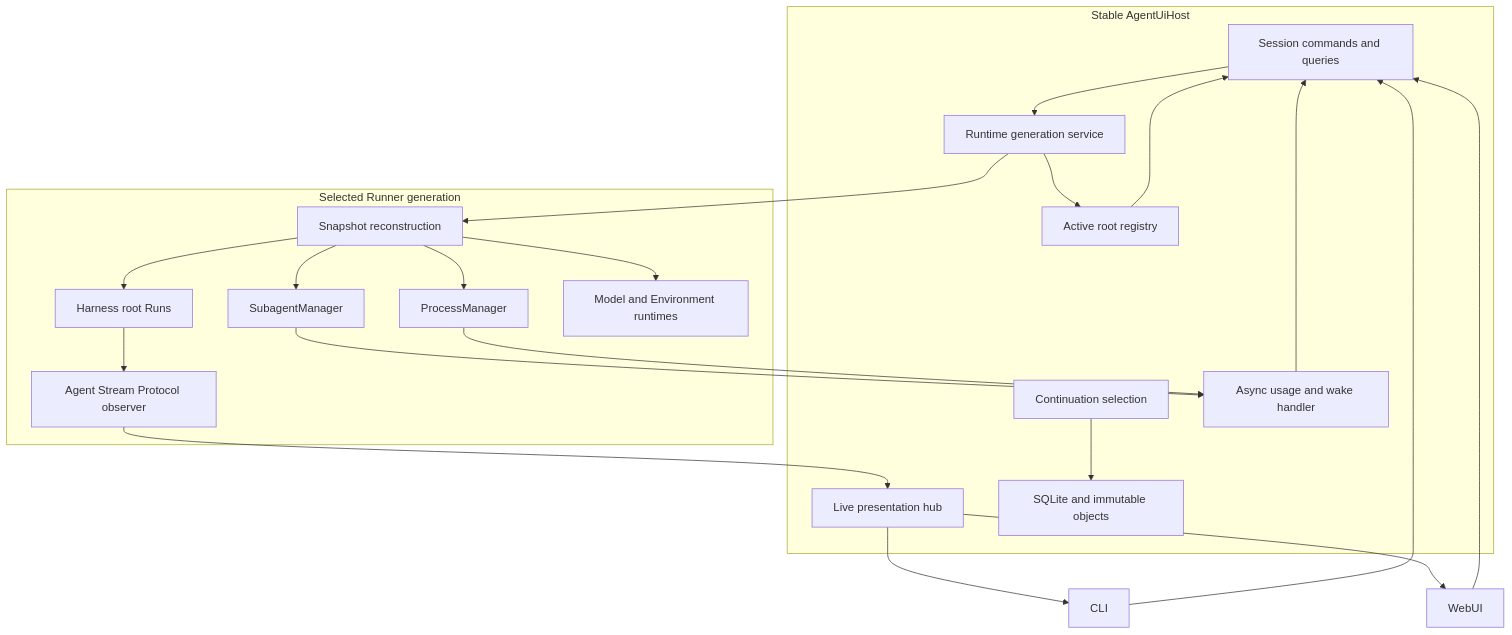
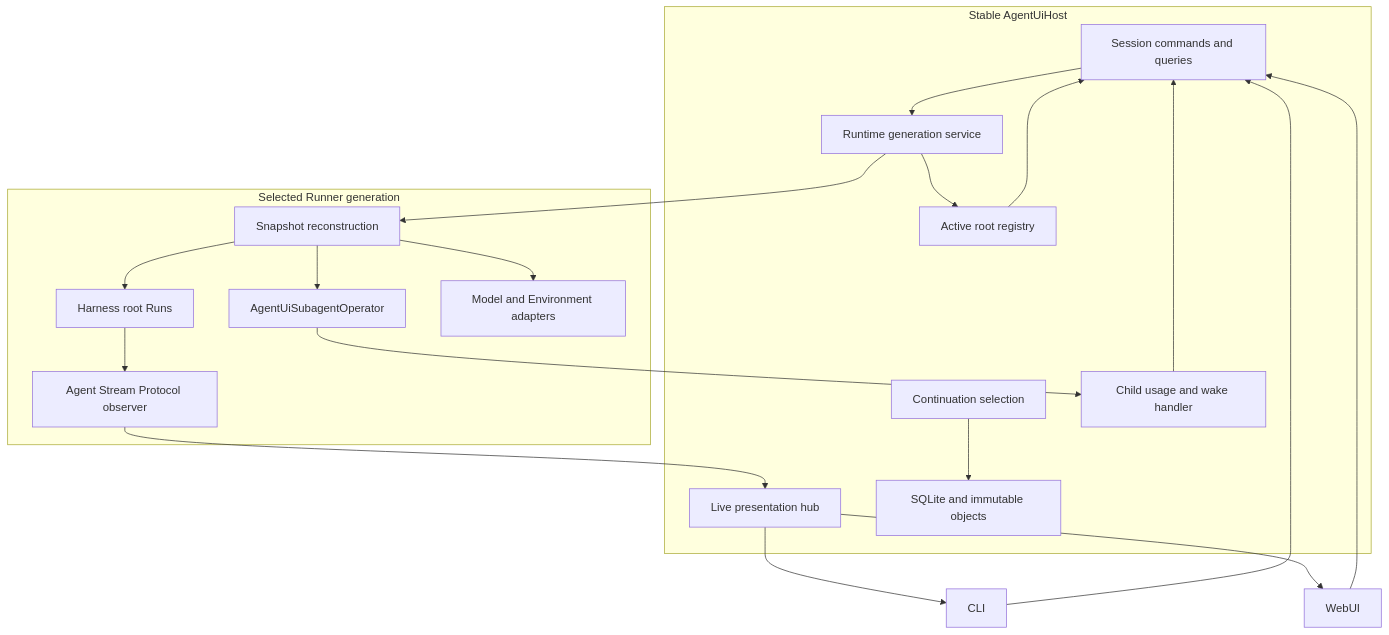
The first of 3 diagrams in spec/agent-ui/05-runtime-subagents-and-surfaces.md (LTThreeComma/agent-foundation), drawn with Mermaid before and after one commit. The commit also changed other lines of this file and 188 other files, not shown here.

````diff
--- a/spec/agent-ui/05-runtime-subagents-and-surfaces.md
+++ b/spec/agent-ui/05-runtime-subagents-and-surfaces.md
@@ -13,33 +15,32 @@
 ```mermaid
 flowchart TB
     subgraph Host[Stable AgentUiHost]
         Commands[Session commands and queries]
         Continuations[Continuation selection]
         ActiveRoots[Active root registry]
-        AsyncHandler[Async usage and wake handler]
+        ChildHandler[Child usage and wake handler]
         RuntimeService[Runtime generation service]
         LiveHub[Live presentation hub]
         Store[SQLite and immutable objects]
     end
 
     subgraph Runner[Selected Runner generation]
         Reconstruction[Snapshot reconstruction]
         Harness[Harness root Runs]
-        Subagents[SubagentManager]
-        Processes[ProcessManager]
-        Providers[Model and Environment runtimes]
+        Subagents[AgentUiSubagentOperator]
+        Providers[Model and Environment adapters]
         Observer[Agent Stream Protocol observer]
     end
 
     CLI[CLI] --> Commands
     WebUI[WebUI] --> Commands
     Commands --> RuntimeService --> Reconstruction --> Harness
     Continuations --> Store
     Harness --> Observer --> LiveHub --> CLI
     LiveHub --> WebUI
-    Reconstruction --> Subagents & Processes
+    Reconstruction --> Subagents
     Reconstruction --> Providers
     RuntimeService --> ActiveRoots
     ActiveRoots --> Commands
-    Subagents & Processes --> AsyncHandler --> Commands
+    Subagents --> ChildHandler --> Commands
 ```
````
